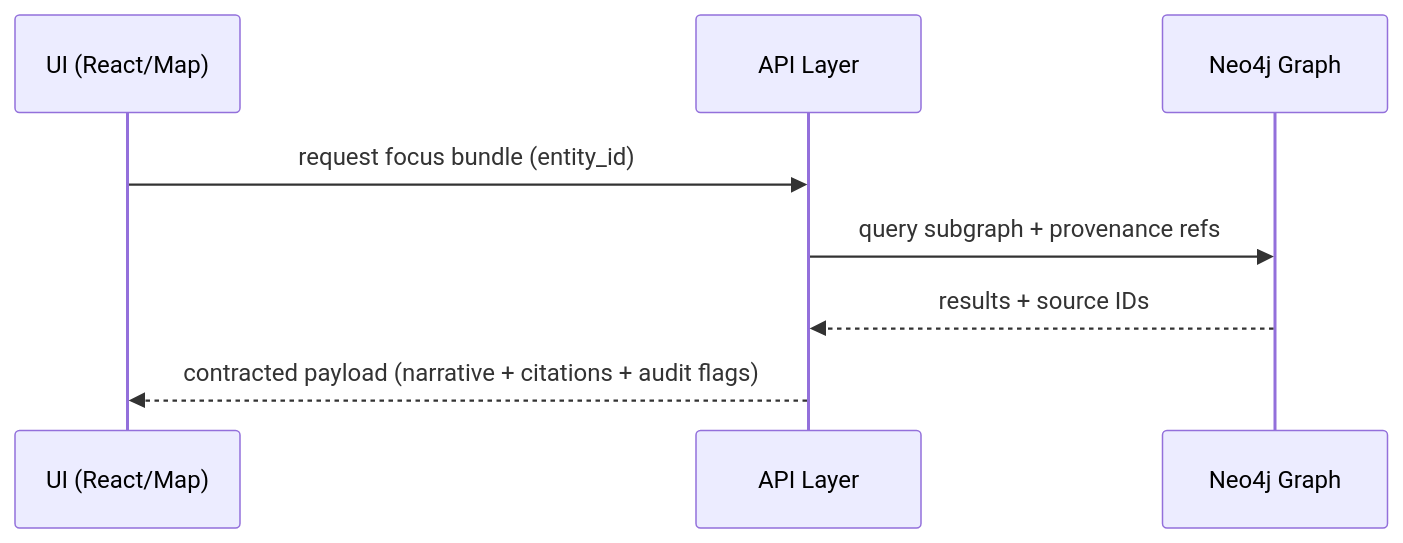
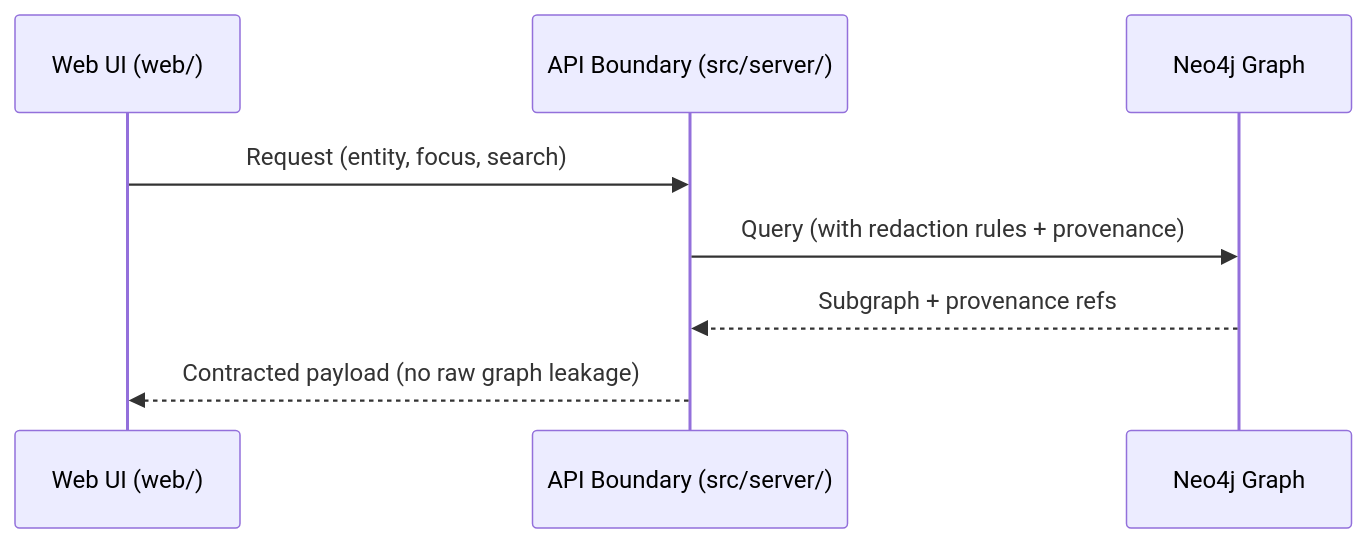
One commit to bartytime4life/Kansas-Frontier-Matrix changed the second of 2 diagrams in src/graph/README.md. Above: the diagram before and after it, drawn with Mermaid. The commit also changed other lines of this file, not shown here.

First line of the commit message:
Revise README for KFM Graph Subsystem to v1.0.0

```diff
--- a/src/graph/README.md
+++ b/src/graph/README.md
@@ -167,10 +171,11 @@
 ~~~mermaid
 sequenceDiagram
-  participant UI as UI (React/Map)
-  participant API as API Layer
-  participant Graph as Neo4j Graph
-  UI->>API: request focus bundle (entity_id)
-  API->>Graph: query subgraph + provenance refs
-  Graph-->>API: results + source IDs
-  API-->>UI: contracted payload (narrative + citations + audit flags)
+  participant UI as Web UI (web/)
+  participant API as API Boundary (src/server/)
+  participant G as Neo4j Graph
+
+  UI->>API: Request (entity, focus, search)
+  API->>G: Query (with redaction rules + provenance)
+  G-->>API: Subgraph + provenance refs
+  API-->>UI: Contracted payload (no raw graph leakage)
 ~~~
```
